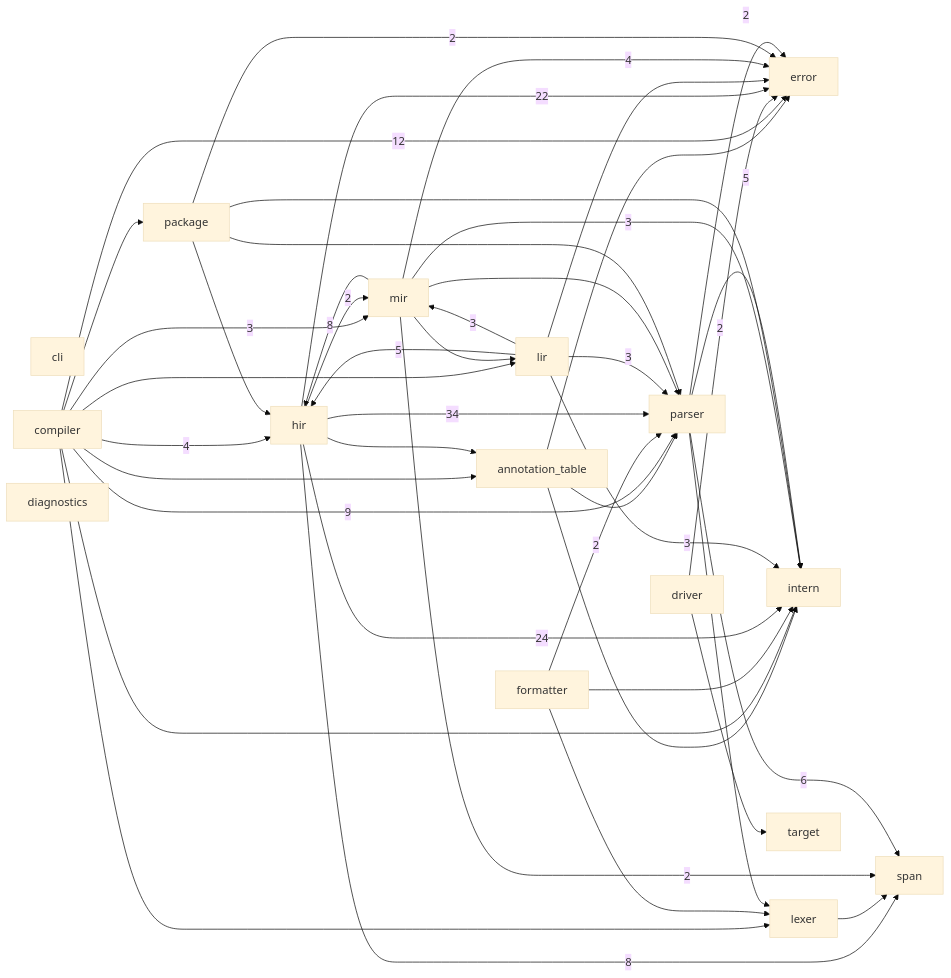
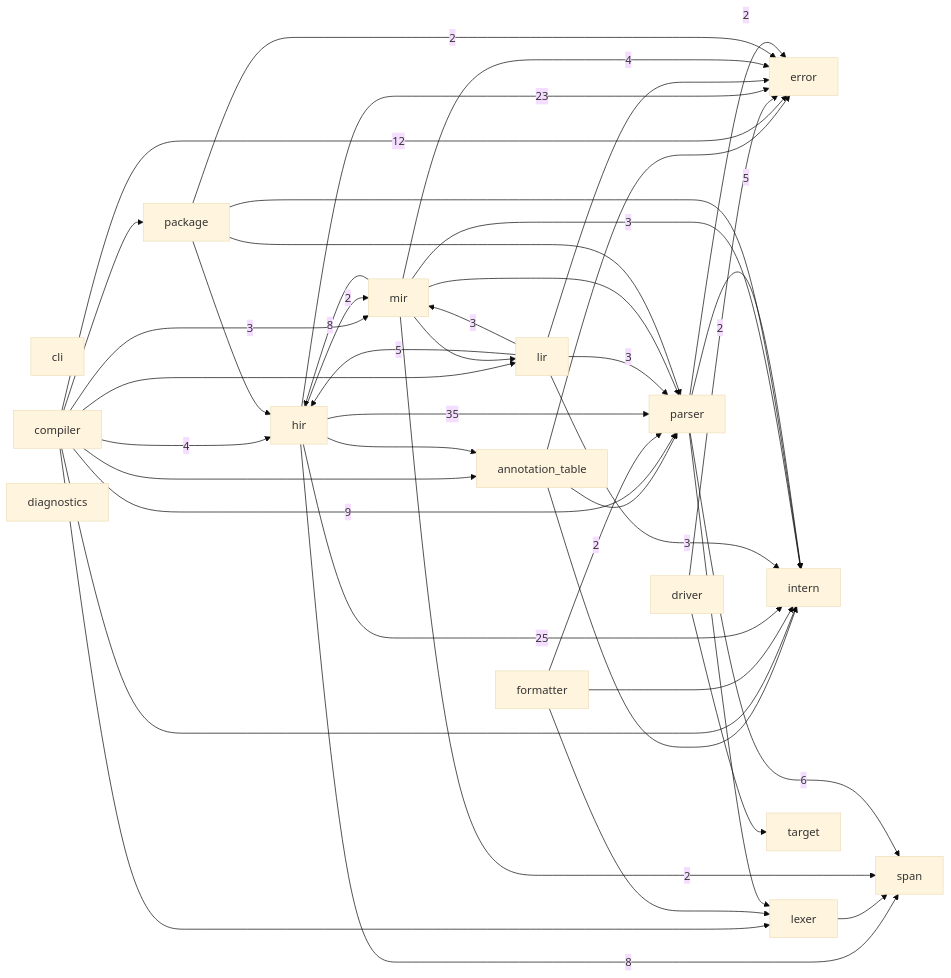
One commit to ayanami1ei/Ayanami-language changed the diagram in docs/module-graph.md. Above: the diagram before and after it, drawn with Mermaid (base theme). The commit also changed other lines of this file and 6 other files, not shown here.

````diff
--- a/docs/module-graph.md
+++ b/docs/module-graph.md
@@ -6,62 +6,62 @@
 ```mermaid
 graph LR
     annotation_table
     cli
     compiler
     diagnostics
     driver
     error
     formatter
     hir
     intern
     lexer
     lir
     mir
     package
     parser
     span
     target
     annotation_table --> error
     annotation_table --> intern
     annotation_table --> parser
     compiler --> annotation_table
     compiler -->|12| error
     compiler -->|4| hir
     compiler --> intern
     compiler --> lexer
     compiler --> lir
     compiler -->|3| mir
     compiler --> package
     compiler -->|9| parser
     driver -->|2| error
     driver --> target
     formatter --> intern
     formatter --> lexer
     formatter -->|2| parser
     hir --> annotation_table
-    hir -->|22| error
-    hir -->|24| intern
+    hir -->|23| error
+    hir -->|25| intern
     hir -->|2| mir
-    hir -->|34| parser
+    hir -->|35| parser
     hir -->|8| span
     lexer --> span
     lir --> error
     lir -->|5| hir
     lir -->|3| intern
     lir -->|3| mir
     lir -->|3| parser
     mir -->|4| error
     mir -->|8| hir
     mir -->|3| intern
     mir --> lir
     mir --> parser
     mir -->|2| span
     package -->|2| error
     package --> hir
     package --> intern
     package --> parser
     parser -->|2| error
     parser -->|5| intern
     parser --> lexer
     parser -->|6| span
 ```
````
